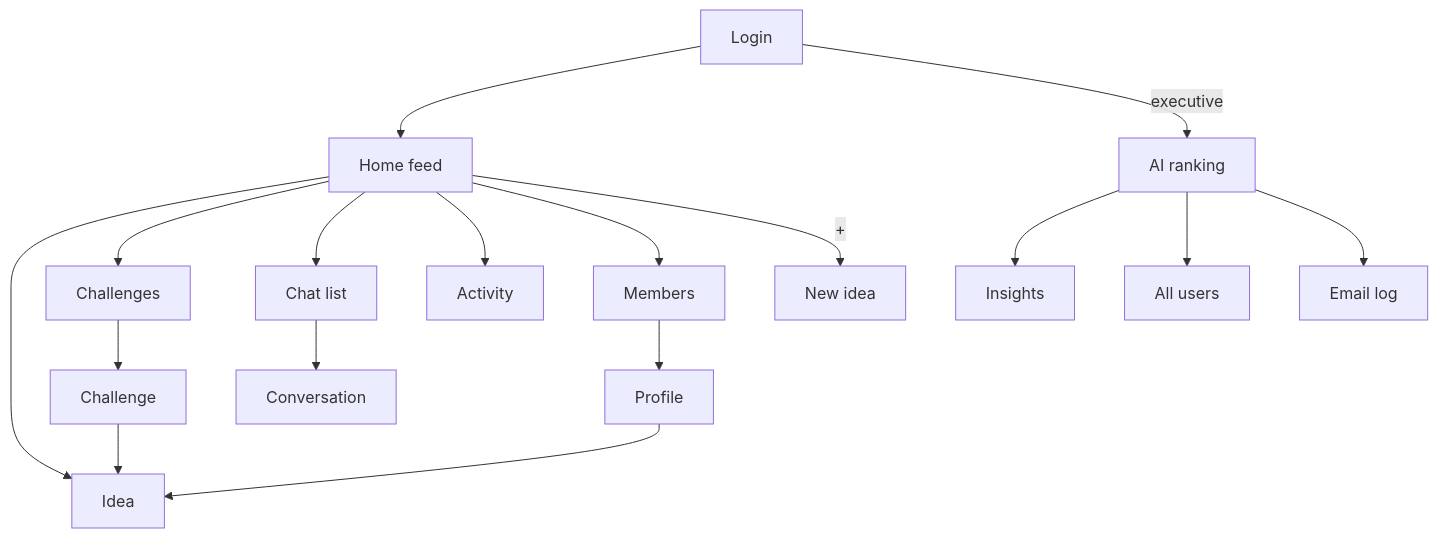
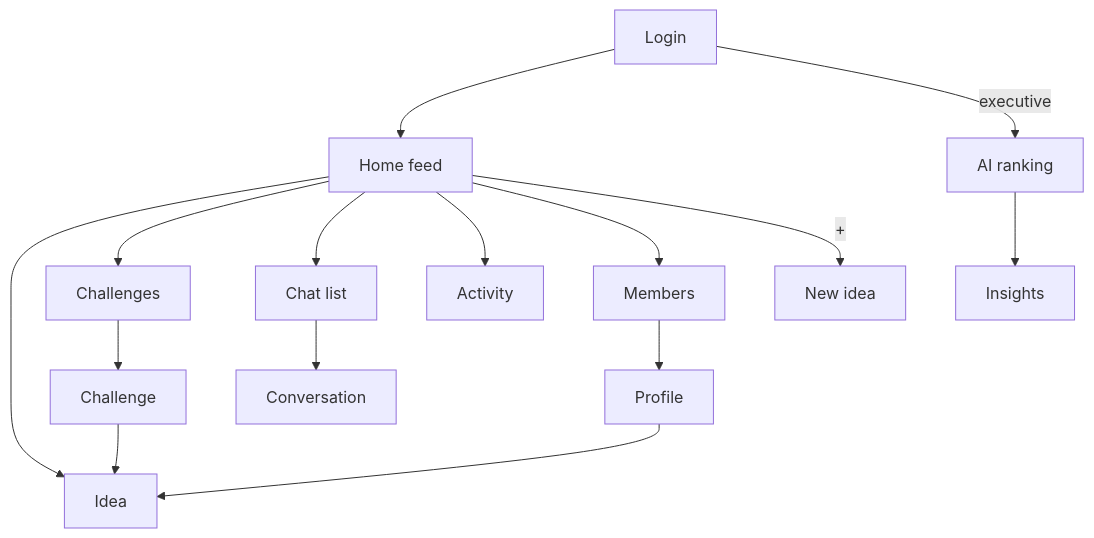
One commit to Nqobileee/zb-idea-manager changed the fifth of 18 diagrams in docs/DOCUMENTATION.md. Above: the diagram before and after it, drawn with Mermaid. The commit also changed other lines of this file and 25 other files, not shown here.

````diff
--- a/docs/DOCUMENTATION.md
+++ b/docs/DOCUMENTATION.md
@@ -260,14 +258,12 @@
 ```mermaid
 flowchart TD
     L[Login] --> H[Home feed]
     H --> I[Idea]
     H --> C[Challenges] --> CD[Challenge] --> I
     H --> CH[Chat list] --> T[Conversation]
     H --> A[Activity]
     H --> M[Members] --> P[Profile] --> I
     H -->|+| N[New idea]
     L -->|executive| R[AI ranking]
     R --> IN[Insights]
-    R --> U[All users]
-    R --> EM[Email log]
 ```
````
